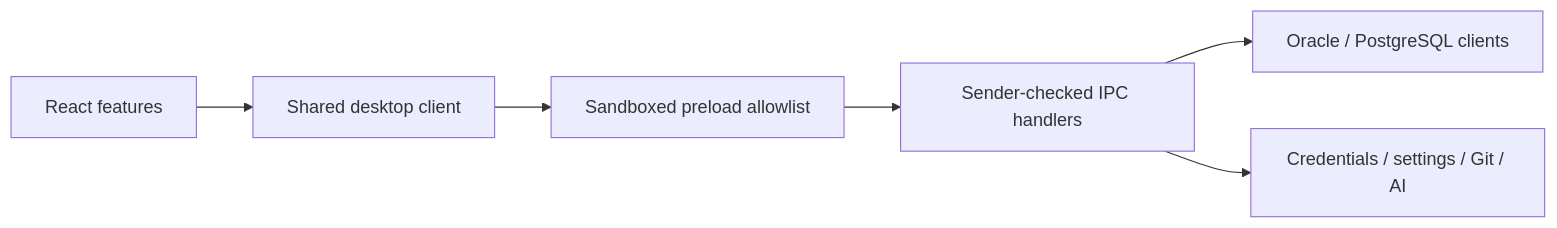
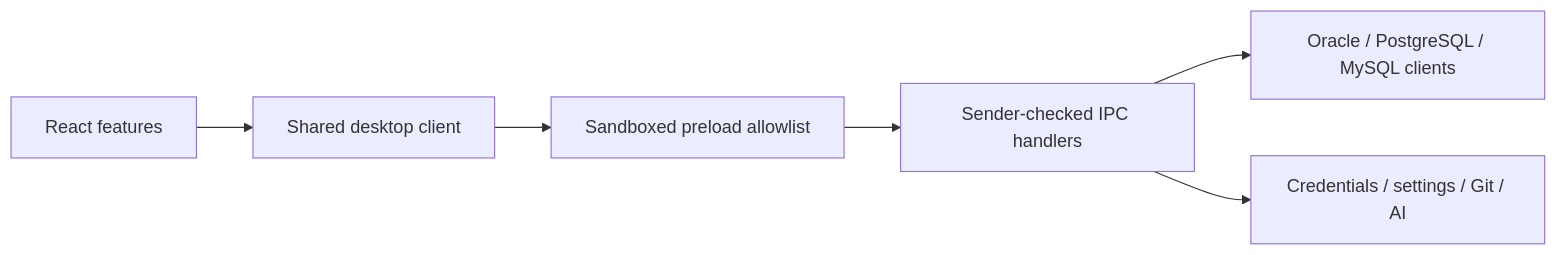
One commit to eijiikemura/monabase changed the diagram in docs/ARCHITECTURE.md. Above: the diagram before and after it, drawn with Mermaid. The commit also changed other lines of this file and 314 other files, not shown here.

````diff
--- a/docs/ARCHITECTURE.md
+++ b/docs/ARCHITECTURE.md
@@ -5,8 +5,8 @@
 ```mermaid
 flowchart LR
   UI[React features] --> Client[Shared desktop client]
   Client --> Preload[Sandboxed preload allowlist]
   Preload --> IPC[Sender-checked IPC handlers]
-  IPC --> DB[Oracle / PostgreSQL clients]
+  IPC --> DB[Oracle / PostgreSQL / MySQL clients]
   IPC --> Services[Credentials / settings / Git / AI]
 ```
````
